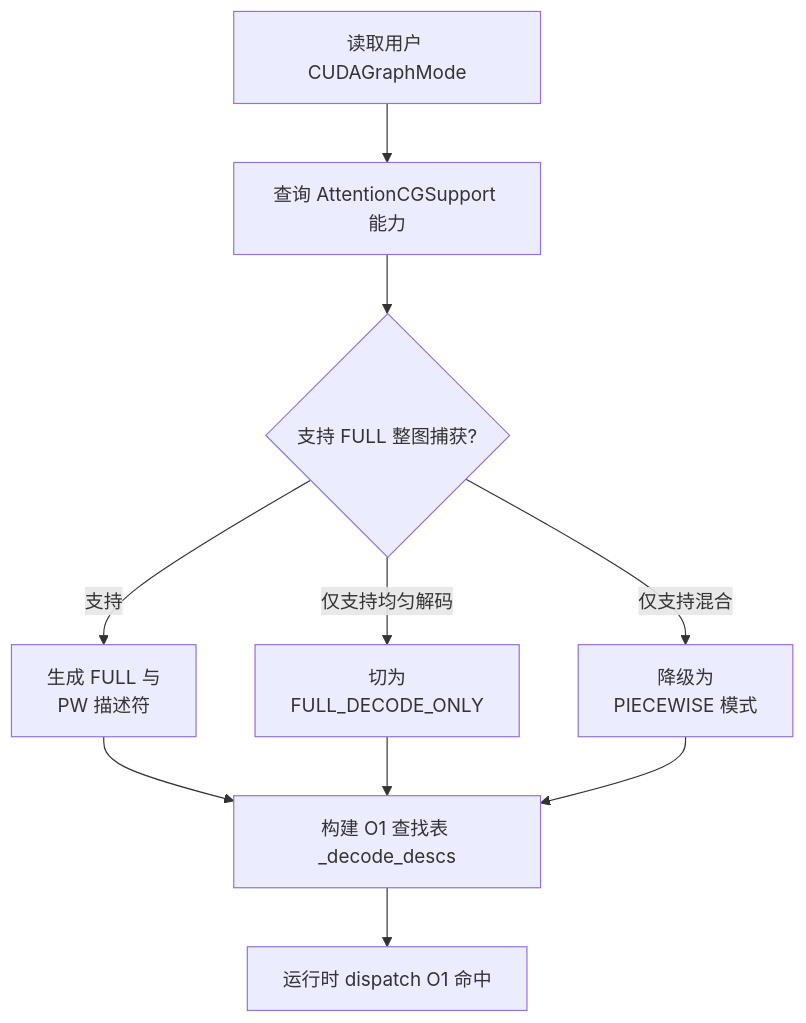
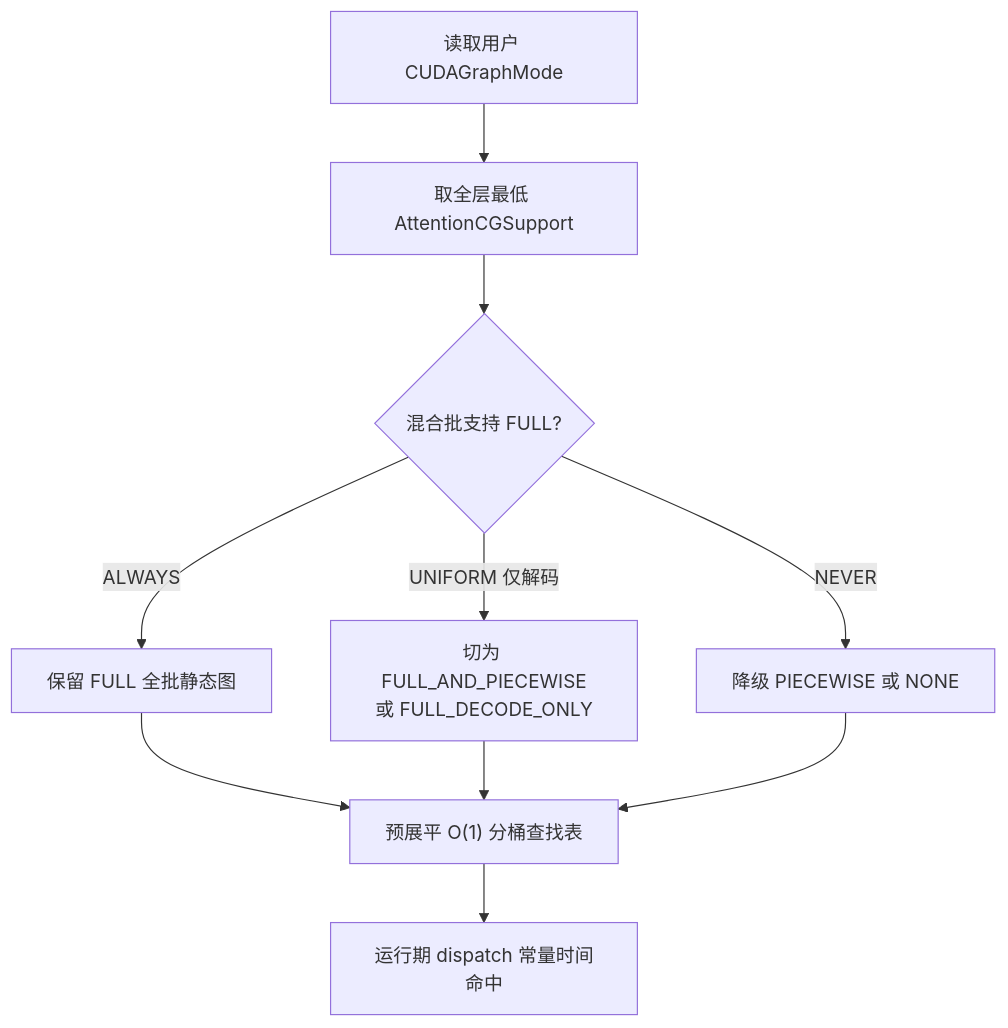
One commit to xingcanlee/infra-note changed the second of 2 diagrams in src/content/posts/vllm/05-runtime-dispatch-and-nesting/index.mdx. Above: the diagram before and after it, drawn with Mermaid. The commit also changed other lines of this file and 22 other files, not shown here.

````diff
--- a/src/content/posts/vllm/05-runtime-dispatch-and-nesting/index.mdx
+++ b/src/content/posts/vllm/05-runtime-dispatch-and-nesting/index.mdx
@@ -53,12 +56,12 @@
-```mermaid caption="图 3：启动期 AttentionCGSupport 自动降级与查表流程"
+```mermaid caption="图 3：启动期注意力能力裁切与运行时 O(1) 查表路径"
 flowchart TD
-    U["读取用户 CUDAGraphMode"] --> Q["查询 AttentionCGSupport 能力"]
-    Q --> S{"支持 FULL 整图捕获?"}
-    S -->|支持| C1["生成 FULL 与<br/>PW 描述符"]
-    S -->|仅支持均匀解码| C2["切为<br/>FULL_DECODE_ONLY"]
-    S -->|仅支持混合| C3["降级为<br/>PIECEWISE 模式"]
-    C1 --> T["构建 O1 查找表 _decode_descs"]
+    U["读取用户 CUDAGraphMode"] --> Q["取全层最低 AttentionCGSupport"]
+    Q --> S{"混合批支持 FULL?"}
+    S -->|ALWAYS| C1["保留 FULL 全批静态图"]
+    S -->|UNIFORM 仅解码| C2["切为 FULL_AND_PIECEWISE<br/>或 FULL_DECODE_ONLY"]
+    S -->|NEVER| C3["降级 PIECEWISE 或 NONE"]
+    C1 --> T["预展平 O(1) 分桶查找表"]
     C2 --> T
     C3 --> T
-    T --> D["运行时 dispatch O1 命中"]
+    T --> D["运行期 dispatch 常量时间命中"]
 ```
````
